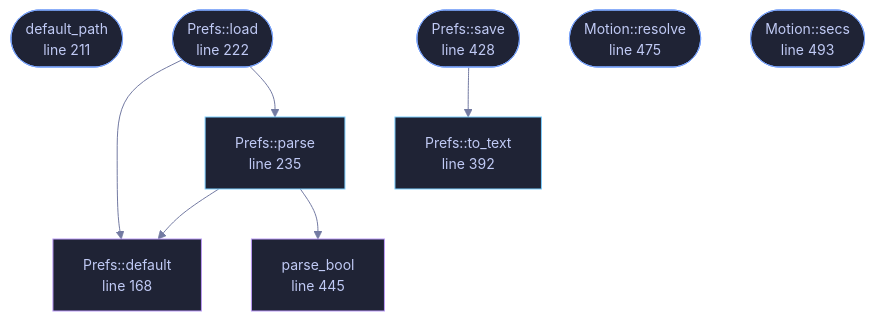
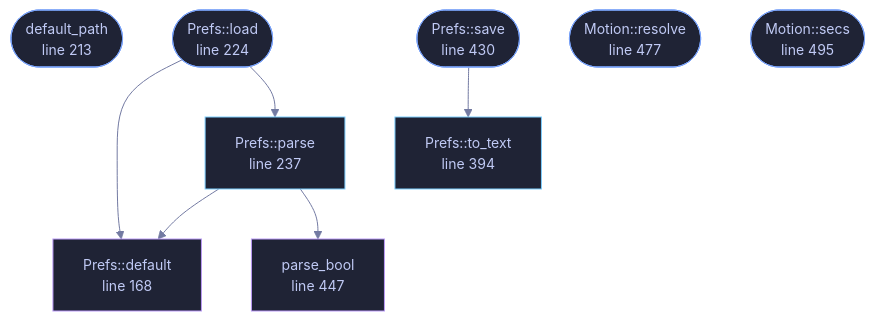
The diagram in wiki/File-veilvoice-gui-prefs.md (tilas01/veilvoice), drawn with Mermaid before and after one commit. The commit also changed other lines of this file and 550 other files, not shown here.

````diff
--- a/wiki/File-veilvoice-gui-prefs.md
+++ b/wiki/File-veilvoice-gui-prefs.md
@@ -94,33 +94,33 @@
 ```mermaid
 %%{init: {"theme":"base","themeVariables":{"background":"#1a1b26","primaryColor":"#1f2335","primaryTextColor":"#c0caf5","primaryBorderColor":"#7aa2f7","secondaryColor":"#16161e","tertiaryColor":"#16161e","lineColor":"#737aa2","textColor":"#c0caf5","mainBkg":"#1f2335","nodeBorder":"#7aa2f7","clusterBkg":"#16161e","clusterBorder":"#2f3549","fontFamily":"ui-monospace, SFMono-Regular, Consolas, monospace","fontSize":"14px"}}}%%
 flowchart TD
     n_default["Prefs::default<br/>line 168"]
-    n_default_path(["default_path<br/>line 211"])
-    n_load(["Prefs::load<br/>line 222"])
-    n_parse["Prefs::parse<br/>line 235"]
-    n_to_text["Prefs::to_text<br/>line 392"]
-    n_save(["Prefs::save<br/>line 428"])
-    n_parse_bool["parse_bool<br/>line 445"]
-    n_resolve(["Motion::resolve<br/>line 475"])
-    n_secs(["Motion::secs<br/>line 493"])
+    n_default_path(["default_path<br/>line 213"])
+    n_load(["Prefs::load<br/>line 224"])
+    n_parse["Prefs::parse<br/>line 237"]
+    n_to_text["Prefs::to_text<br/>line 394"]
+    n_save(["Prefs::save<br/>line 430"])
+    n_parse_bool["parse_bool<br/>line 447"]
+    n_resolve(["Motion::resolve<br/>line 477"])
+    n_secs(["Motion::secs<br/>line 495"])
     n_load --> n_default
     n_load --> n_parse
     n_parse --> n_default
     n_parse --> n_parse_bool
     n_save --> n_to_text
     click n_default href "https://github.com/tilas01/veilvoice/blob/main/crates/veilvoice-gui/src/prefs.rs#L168" "open the source"
-    click n_default_path href "https://github.com/tilas01/veilvoice/blob/main/crates/veilvoice-gui/src/prefs.rs#L211" "open the source"
-    click n_load href "https://github.com/tilas01/veilvoice/blob/main/crates/veilvoice-gui/src/prefs.rs#L222" "open the source"
-    click n_parse href "https://github.com/tilas01/veilvoice/blob/main/crates/veilvoice-gui/src/prefs.rs#L235" "open the source"
-    click n_to_text href "https://github.com/tilas01/veilvoice/blob/main/crates/veilvoice-gui/src/prefs.rs#L392" "open the source"
-    click n_save href "https://github.com/tilas01/veilvoice/blob/main/crates/veilvoice-gui/src/prefs.rs#L428" "open the source"
-    click n_parse_bool href "https://github.com/tilas01/veilvoice/blob/main/crates/veilvoice-gui/src/prefs.rs#L445" "open the source"
-    click n_resolve href "https://github.com/tilas01/veilvoice/blob/main/crates/veilvoice-gui/src/prefs.rs#L475" "open the source"
-    click n_secs href "https://github.com/tilas01/veilvoice/blob/main/crates/veilvoice-gui/src/prefs.rs#L493" "open the source"
+    click n_default_path href "https://github.com/tilas01/veilvoice/blob/main/crates/veilvoice-gui/src/prefs.rs#L213" "open the source"
+    click n_load href "https://github.com/tilas01/veilvoice/blob/main/crates/veilvoice-gui/src/prefs.rs#L224" "open the source"
+    click n_parse href "https://github.com/tilas01/veilvoice/blob/main/crates/veilvoice-gui/src/prefs.rs#L237" "open the source"
+    click n_to_text href "https://github.com/tilas01/veilvoice/blob/main/crates/veilvoice-gui/src/prefs.rs#L394" "open the source"
+    click n_save href "https://github.com/tilas01/veilvoice/blob/main/crates/veilvoice-gui/src/prefs.rs#L430" "open the source"
+    click n_parse_bool href "https://github.com/tilas01/veilvoice/blob/main/crates/veilvoice-gui/src/prefs.rs#L447" "open the source"
+    click n_resolve href "https://github.com/tilas01/veilvoice/blob/main/crates/veilvoice-gui/src/prefs.rs#L477" "open the source"
+    click n_secs href "https://github.com/tilas01/veilvoice/blob/main/crates/veilvoice-gui/src/prefs.rs#L495" "open the source"
     classDef entry fill:#1f2335,stroke:#7aa2f7,color:#c0caf5
     class n_default_path,n_load,n_save,n_resolve,n_secs entry
     classDef api fill:#1f2335,stroke:#7dcfff,color:#c0caf5
     class n_parse,n_to_text api
     classDef helper fill:#1f2335,stroke:#bb9af7,color:#c0caf5
     class n_default,n_parse_bool helper
 ```
````
